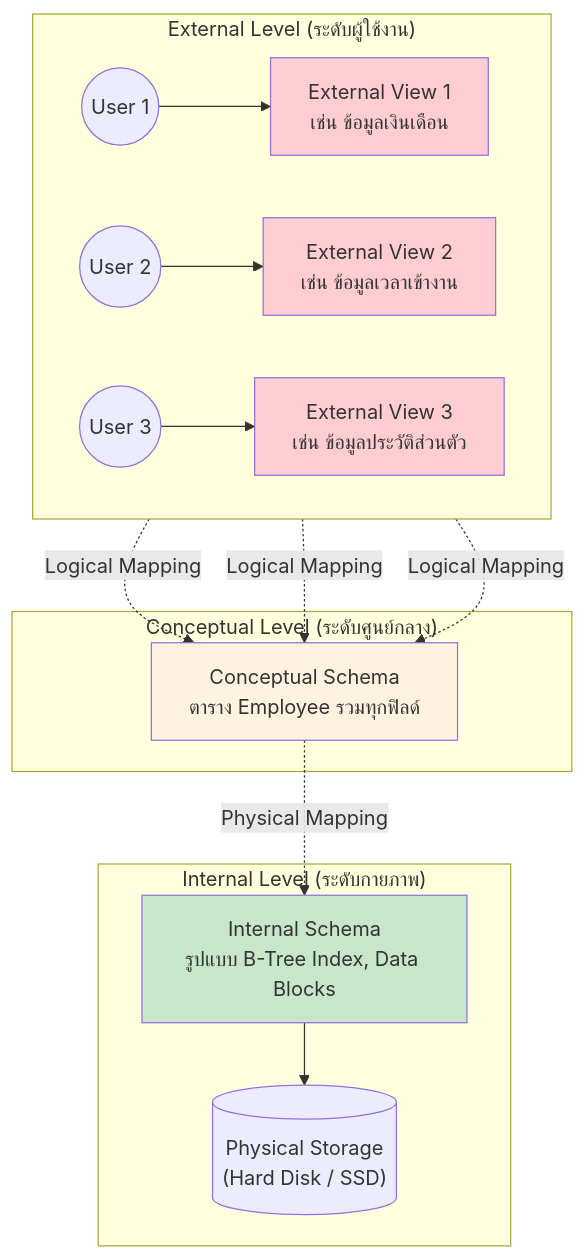
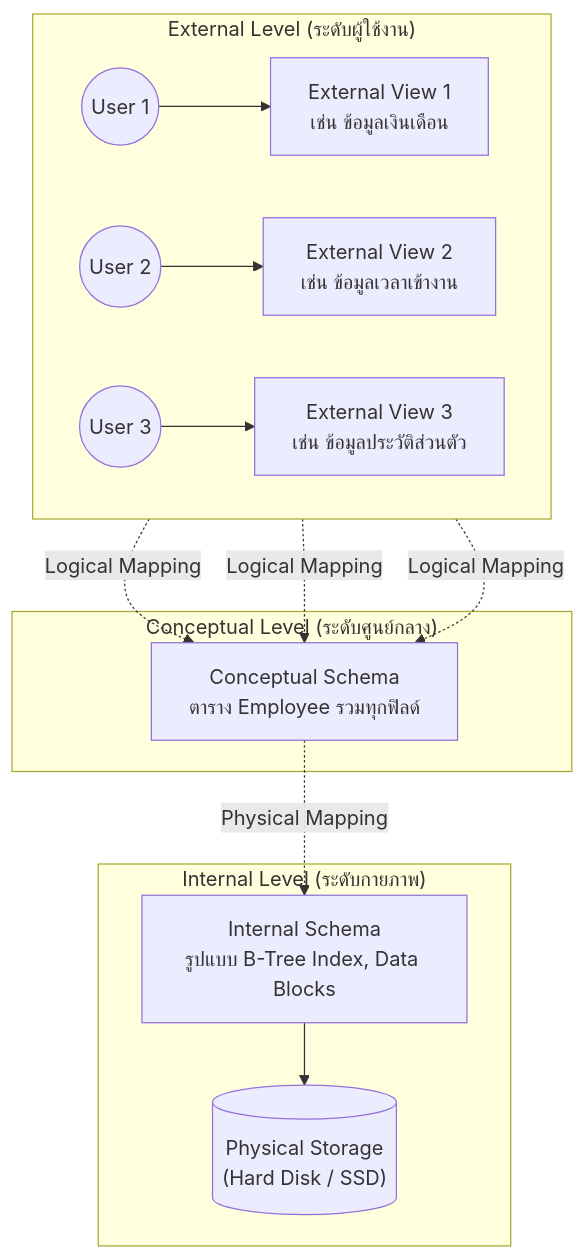
Before and after one commit to kanomoo/database-system: the diagram in Wiki/Lecture 2 - Database Architecture and Relational Model.md, drawn with Mermaid. The commit also changed 16 other files, not shown here.

````diff
--- a/Wiki/Lecture 2 - Database Architecture and Relational Model.md
+++ b/Wiki/Lecture 2 - Database Architecture and Relational Model.md
@@ -44,26 +44,25 @@
 ```mermaid
-graph TD
-    subgraph "External Level (ระดับผู้ใช้งาน)"
+flowchart TD
+    subgraph External["External Level (ระดับผู้ใช้งาน)"]
         direction LR
-        U1((User 1)) --> V1[External View 1\nเช่น ข้อมูลเงินเดือน]
-        U2((User 2)) --> V2[External View 2\nเช่น ข้อมูลเวลาเข้างาน]
-        U3((User 3)) --> V3[External View 3\nเช่น ข้อมูลประวัติส่วนตัว]
+        U1((User 1)) --> V1["External View 1<br/>เช่น ข้อมูลเงินเดือน"]
+        U2((User 2)) --> V2["External View 2<br/>เช่น ข้อมูลเวลาเข้างาน"]
+        U3((User 3)) --> V3["External View 3<br/>เช่น ข้อมูลประวัติส่วนตัว"]
     end
 
-    subgraph "Conceptual Level (ระดับศูนย์กลาง)"
-        V1 -. "Logical Mapping" .-> CS[Conceptual Schema\nตาราง Employee รวมทุกฟิลด์]
-        V2 -. "Logical Mapping" .-> CS
-        V3 -. "Logical Mapping" .-> CS
+    subgraph Conceptual["Conceptual Level (ระดับศูนย์กลาง)"]
+        CS["Conceptual Schema<br/>ตาราง Employee รวมทุกฟิลด์"]
     end
 
-    subgraph "Internal Level (ระดับกายภาพ)"
-        CS -. "Physical Mapping" .-> IS[Internal Schema\nรูปแบบ B-Tree Index, Data Blocks]
-        IS --> DB[("Physical Storage\n(Hard Disk / SSD)")]
+    V1 -.->|Logical Mapping| CS
+    V2 -.->|Logical Mapping| CS
+    V3 -.->|Logical Mapping| CS
+
+    subgraph Internal["Internal Level (ระดับกายภาพ)"]
+        IS["Internal Schema<br/>รูปแบบ B-Tree Index, Data Blocks"]
+        DB[("Physical Storage<br/>(Hard Disk / SSD)")]
+        IS --> DB
     end
 
-    style V1 fill:#ffcdd2
-    style V2 fill:#ffcdd2
-    style V3 fill:#ffcdd2
-    style CS fill:#fff3e0
-    style IS fill:#c8e6c9
+    CS -.->|Physical Mapping| IS
 ```
````
